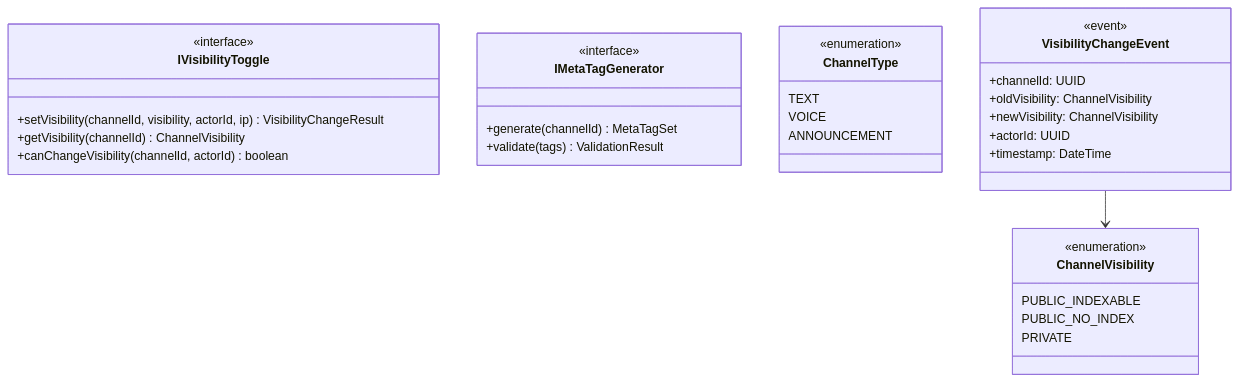
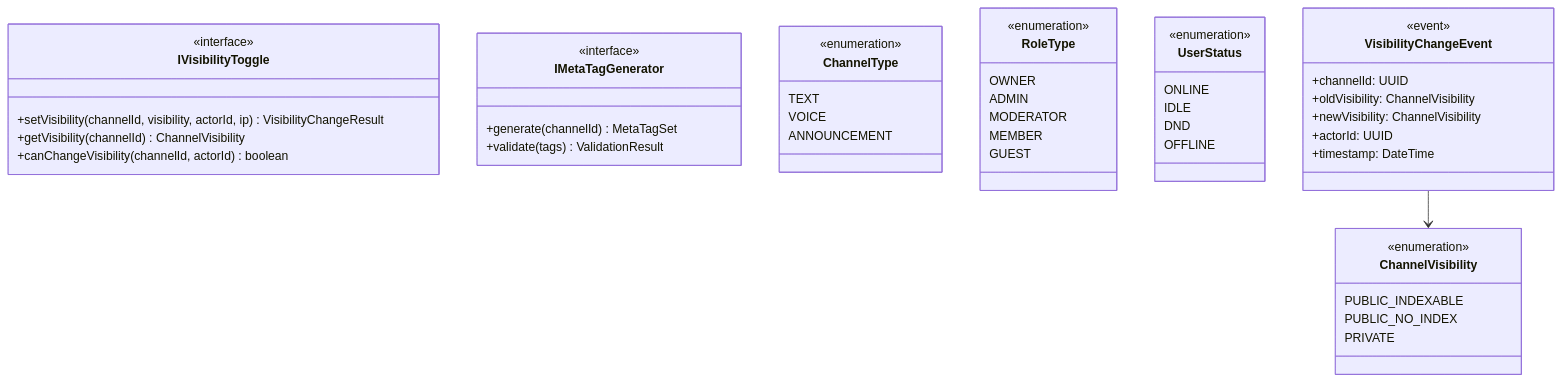
The third of 24 diagrams in docs/unified-backend-architecture.md (acabrera04/Harmony), drawn with Mermaid before and after one commit. The commit also changed other lines of this file and 3 other files, not shown here.

First line of the commit message:
fix: apply all PR #141 review suggestions + update architecture docs

````diff
--- a/docs/unified-backend-architecture.md
+++ b/docs/unified-backend-architecture.md
@@ -244,40 +254,57 @@
 ```mermaid
 classDiagram
     class IVisibilityToggle {
         <<interface>>
         +setVisibility(channelId, visibility, actorId, ip) VisibilityChangeResult
         +getVisibility(channelId) ChannelVisibility
         +canChangeVisibility(channelId, actorId) boolean
     }
 
     class IMetaTagGenerator {
         <<interface>>
         +generate(channelId) MetaTagSet
         +validate(tags) ValidationResult
     }
 
     class ChannelType {
         <<enumeration>>
         TEXT
         VOICE
         ANNOUNCEMENT
     }
 
     class ChannelVisibility {
         <<enumeration>>
         PUBLIC_INDEXABLE
         PUBLIC_NO_INDEX
         PRIVATE
     }
 
+    class RoleType {
+        <<enumeration>>
+        OWNER
+        ADMIN
+        MODERATOR
+        MEMBER
+        GUEST
+    }
+
+    class UserStatus {
+        <<enumeration>>
+        ONLINE
+        IDLE
+        DND
+        OFFLINE
+    }
+
     class VisibilityChangeEvent {
         <<event>>
         +channelId: UUID
         +oldVisibility: ChannelVisibility
         +newVisibility: ChannelVisibility
         +actorId: UUID
         +timestamp: DateTime
     }
 
     VisibilityChangeEvent --> ChannelVisibility
 ```
````
